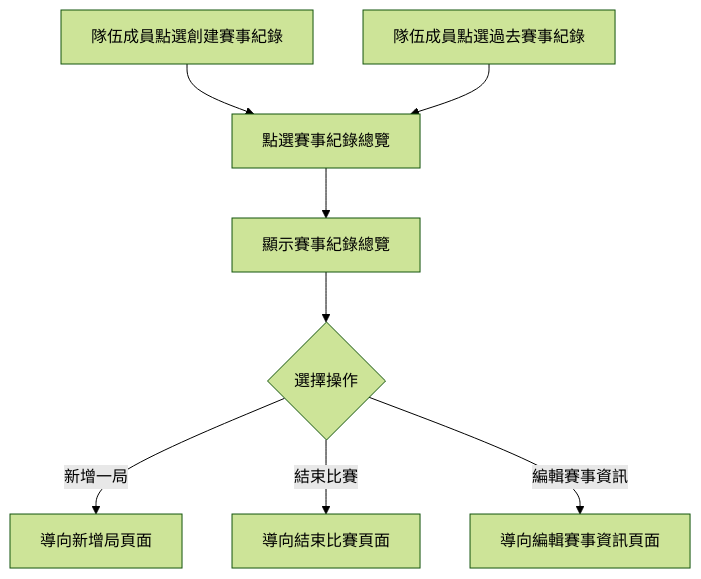
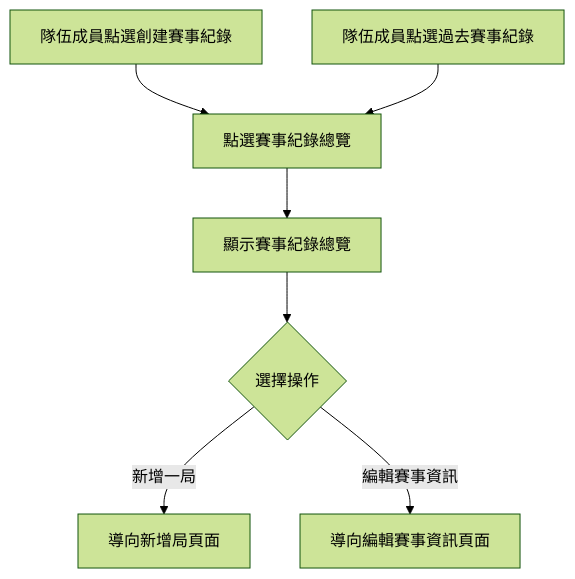
The second of 6 diagrams in docs/02_functional_requirements/03_tw_match_record.md (andrewck24/volleybro), drawn with Mermaid (forest theme) before and after one commit. The commit also changed other lines of this file and 1 other file, not shown here.

````diff
--- a/docs/02_functional_requirements/03_tw_match_record.md
+++ b/docs/02_functional_requirements/03_tw_match_record.md
@@ -73,10 +87,9 @@
   ```mermaid
   graph TD
     A[隊伍成員點選創建賽事紀錄] --> C[點選賽事紀錄總覽]
     B[隊伍成員點選過去賽事紀錄] --> C
     C --> D[顯示賽事紀錄總覽]
     D --> E{選擇操作}
     E -->|新增一局| F[導向新增局頁面]
-    E -->|結束比賽| G[導向結束比賽頁面]
-    E -->|編輯賽事資訊| H[導向編輯賽事資訊頁面]
+    E -->|編輯賽事資訊| G[導向編輯賽事資訊頁面]
   ```
````
